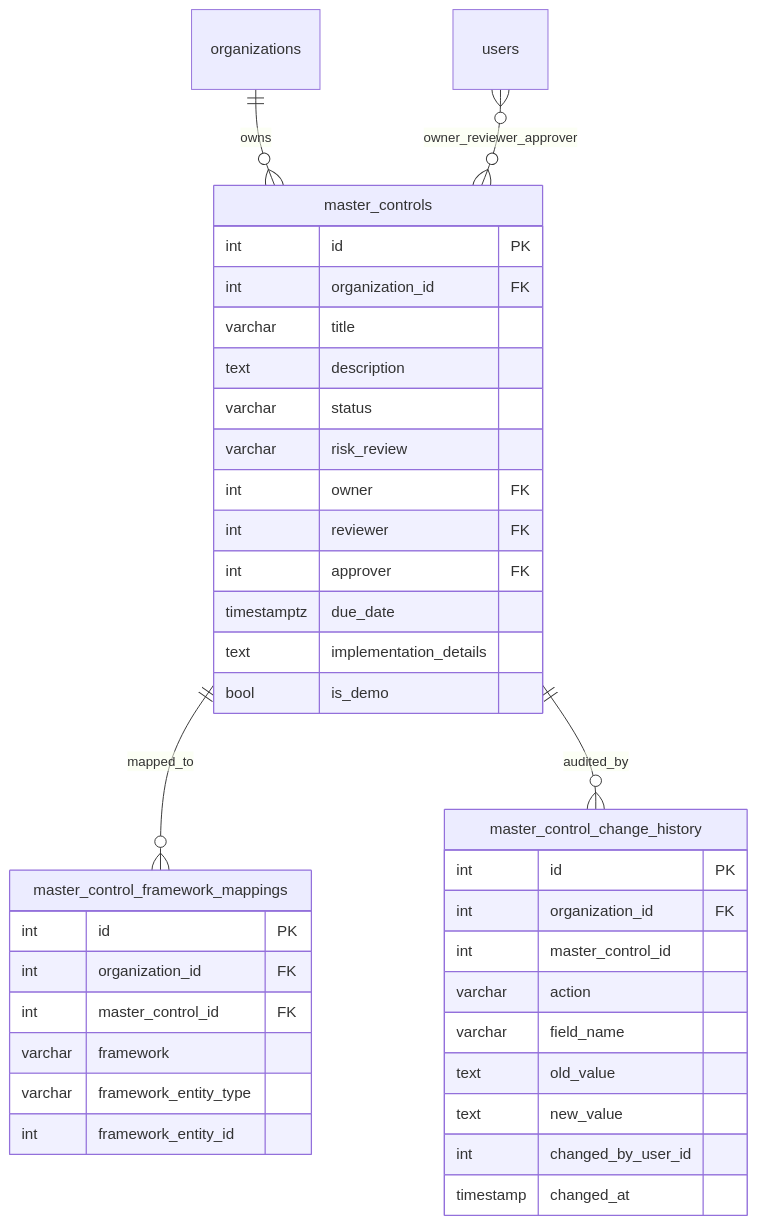
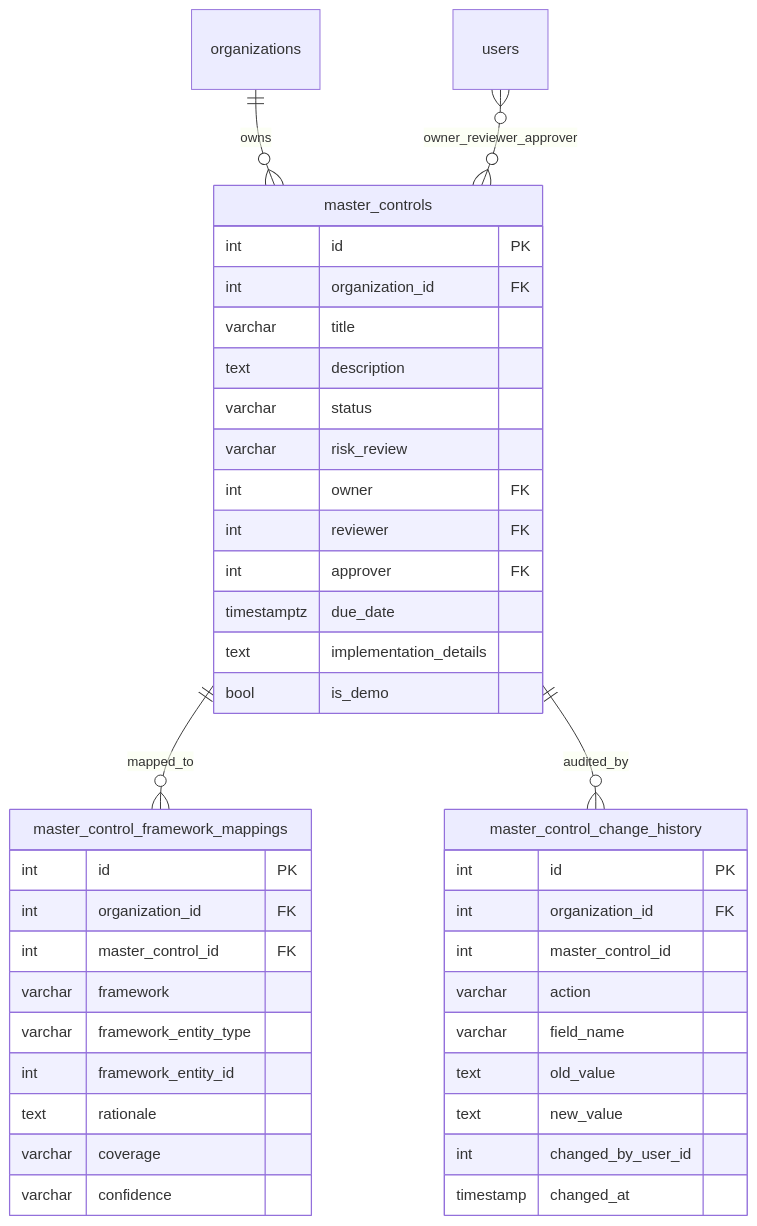
One commit to verifywise-ai/verifywise changed the diagram in docs/technical/domains/controls-hub.md. Above: the diagram before and after it, drawn with Mermaid. The commit also changed other lines of this file and 3 other files, not shown here.

First line of the commit message:
docs(controls-hub): update domain doc with rationale/coverage/confidence, bump CLAUDE.md dates

````diff
--- a/docs/technical/domains/controls-hub.md
+++ b/docs/technical/domains/controls-hub.md
@@ -13,43 +13,46 @@
 ```mermaid
 erDiagram
   organizations ||--o{ master_controls : owns
   master_controls ||--o{ master_control_framework_mappings : mapped_to
   master_controls ||--o{ master_control_change_history : audited_by
   users }o--o{ master_controls : owner_reviewer_approver
 
   master_controls {
     int id PK
     int organization_id FK
     varchar title
     text description
     varchar status
     varchar risk_review
     int owner FK
     int reviewer FK
     int approver FK
     timestamptz due_date
     text implementation_details
     bool is_demo
   }
 
   master_control_framework_mappings {
     int id PK
     int organization_id FK
     int master_control_id FK
     varchar framework
     varchar framework_entity_type
     int framework_entity_id
+    text rationale
+    varchar coverage
+    varchar confidence
   }
 
   master_control_change_history {
     int id PK
     int organization_id FK
     int master_control_id
     varchar action
     varchar field_name
     text old_value
     text new_value
     int changed_by_user_id
     timestamp changed_at
   }
 ```
````
